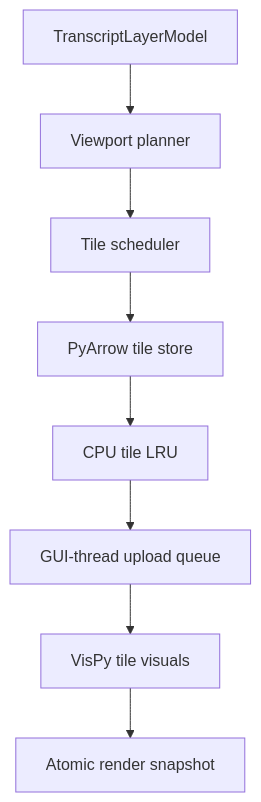
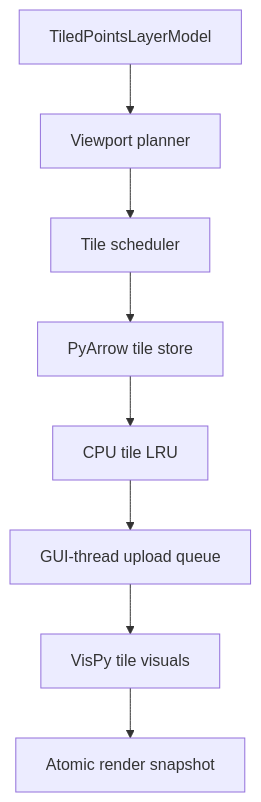
The diagram in Roadmap/transcripts_visualization/comments_cache_5_8_26.md (vibspatial/napari-harpy), drawn with Mermaid before and after one commit. The commit also changed other lines of this file and 2 other files, not shown here.

````diff
--- a/Roadmap/transcripts_visualization/comments_cache_5_8_26.md
+++ b/Roadmap/transcripts_visualization/comments_cache_5_8_26.md
@@ -145,10 +145,10 @@
 ```mermaid
 flowchart TD
-    A["TranscriptLayerModel"] --> B["Viewport planner"]
+    A["TiledPointsLayerModel"] --> B["Viewport planner"]
     B --> C["Tile scheduler"]
     C --> D["PyArrow tile store"]
     D --> E["CPU tile LRU"]
     E --> F["GUI-thread upload queue"]
     F --> G["VisPy tile visuals"]
     G --> H["Atomic render snapshot"]
 ```
````
